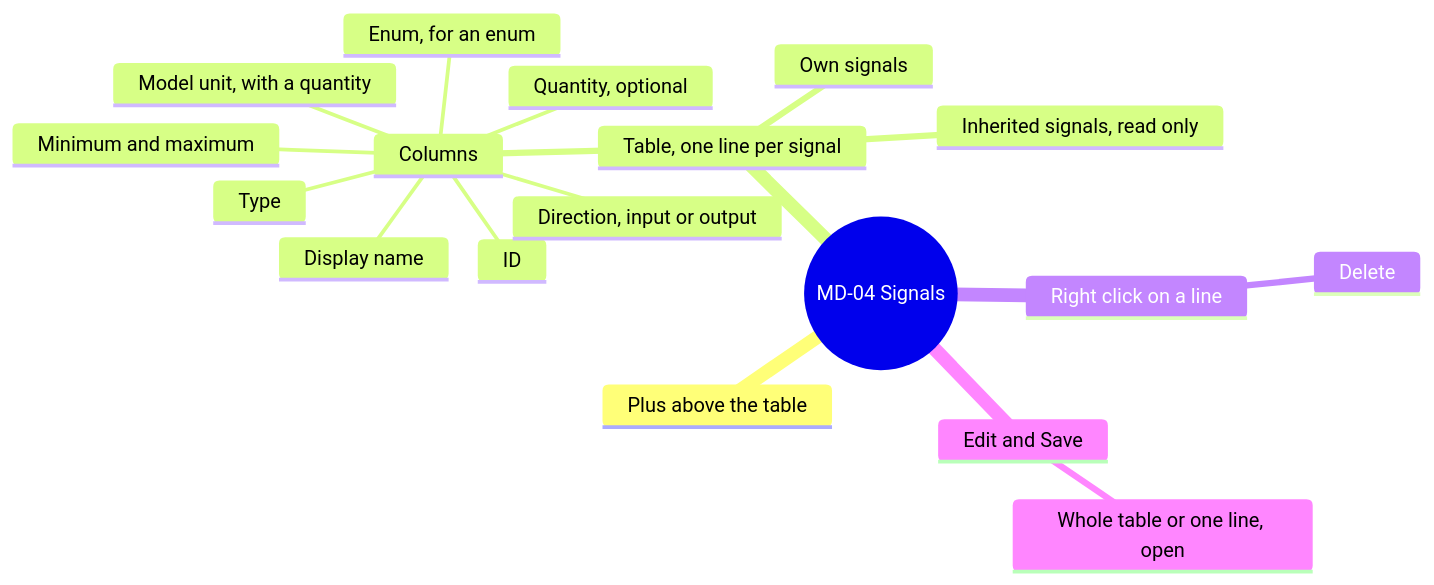
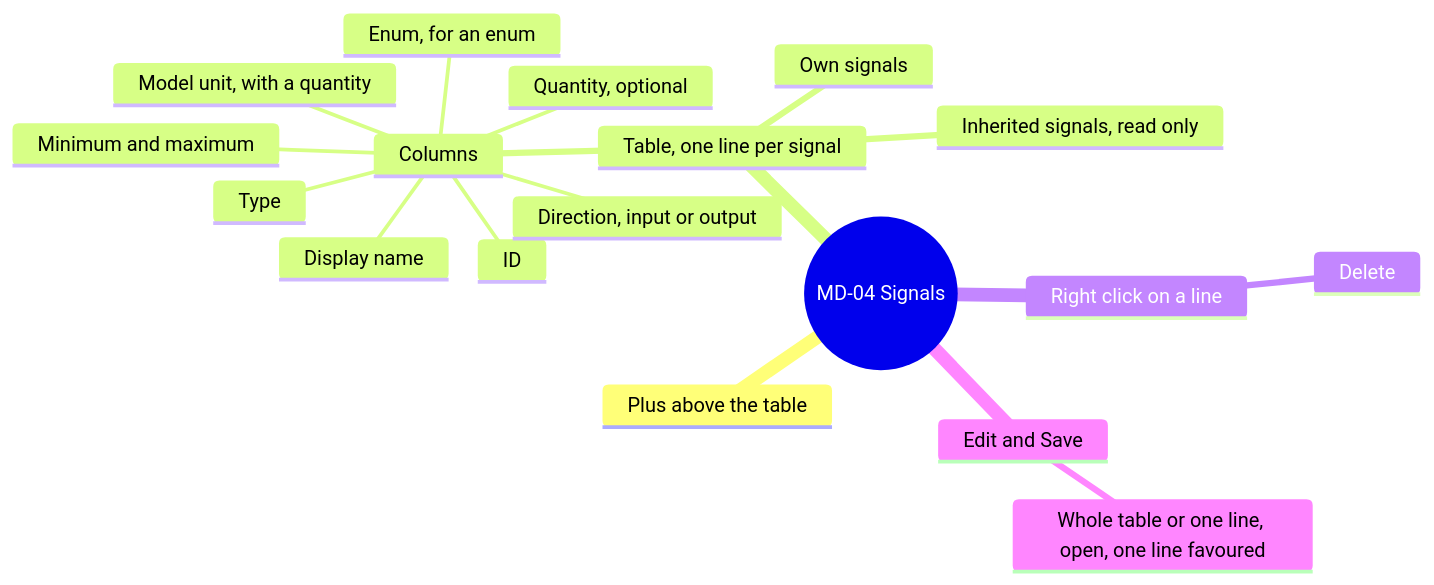
Before and after one commit to AlexandreGallais/synoptic-studio-spec: the seventh of 13 diagrams in screens/metadata.md, drawn with Mermaid. The commit also changed other lines of this file and 10 other files, not shown here.

````diff
--- a/screens/metadata.md
+++ b/screens/metadata.md
@@ -173,21 +172,21 @@
 ```mermaid
 mindmap
   root((MD-04 Signals))
     Plus above the table
     Table, one line per signal
       Own signals
       Inherited signals, read only
       Columns
         ID
         Display name
         Type
         Enum, for an enum
         Quantity, optional
         Model unit, with a quantity
         Minimum and maximum
         Direction, input or output
     Right click on a line
       Delete
     Edit and Save
-      Whole table or one line, open
+      Whole table or one line, open, one line favoured
 ```
````
